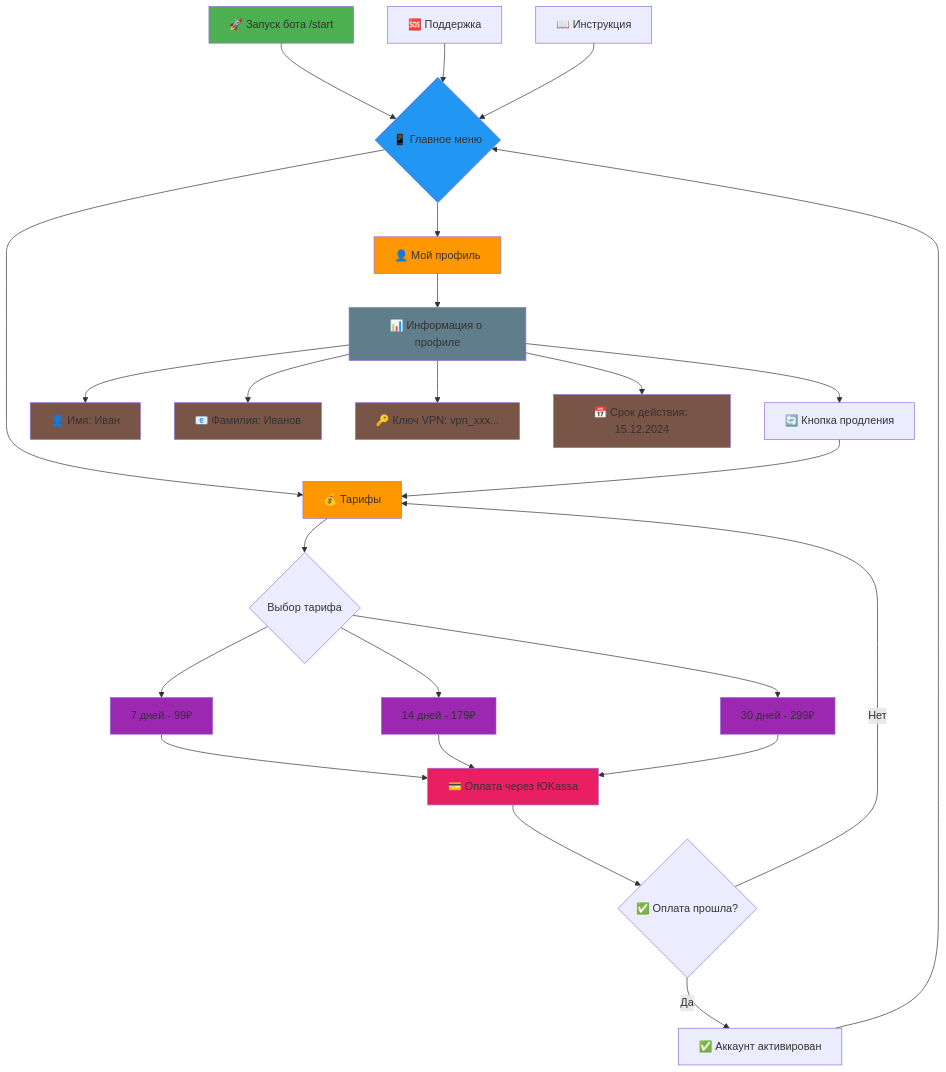
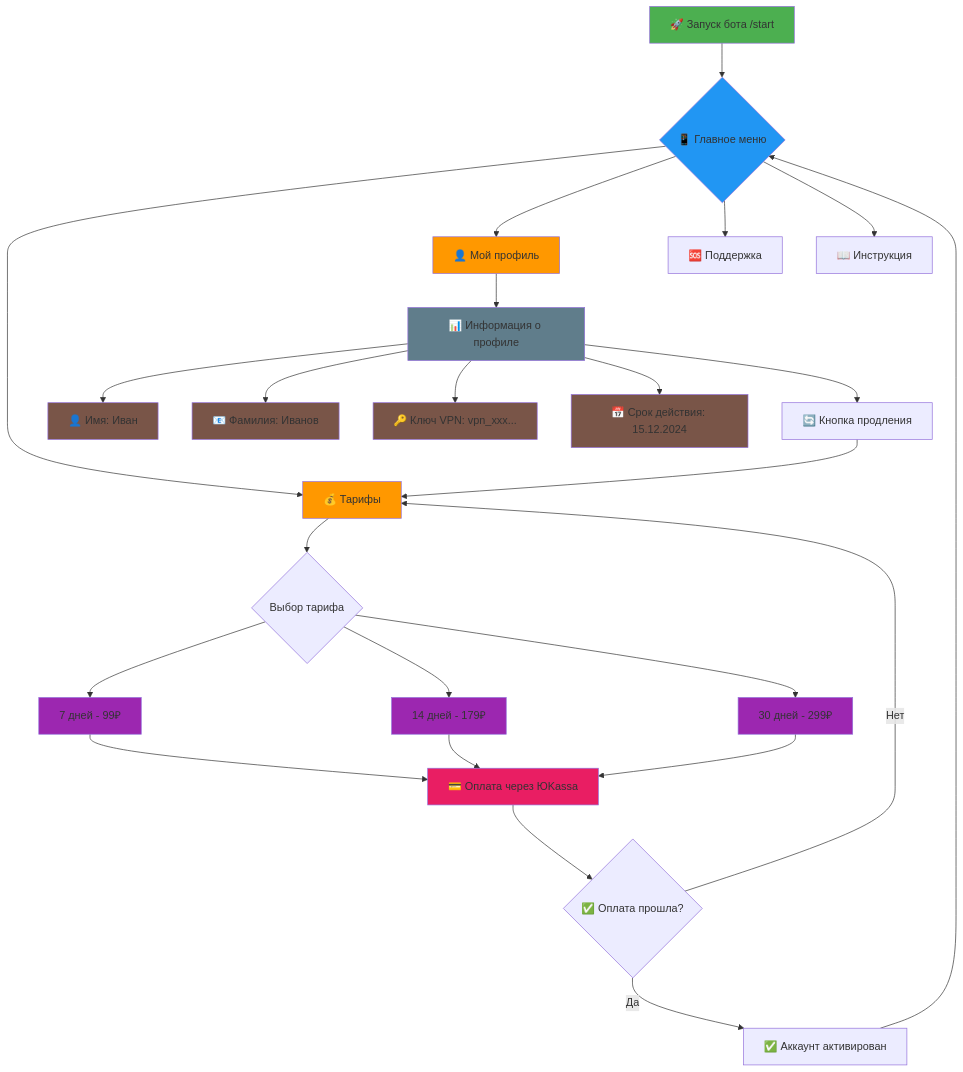
The second of 2 diagrams in README.md (IRR2007/VPN_oultine_engine-project), drawn with Mermaid before and after one commit.

Commit message:
Final version

````diff
--- a/README.md
+++ b/README.md
@@ -72,49 +72,49 @@
 ```mermaid
 graph TD
     A[🚀 Запуск бота /start] --> B{📱 Главное меню}
     
     B --> C[💰 Тарифы]
     B --> D[👤 Мой профиль]
     
     C --> E{Выбор тарифа}
     E --> F[7 дней - 99₽]
     E --> G[14 дней - 179₽]
     E --> H[30 дней - 299₽]
     
     F --> I[💳 Оплата через ЮKassa]
     G --> I
     H --> I
     
     I --> J{✅ Оплата прошла?}
     J -->|Да| K[✅ Аккаунт активирован]
     J -->|Нет| C
     
     D --> L[📊 Информация о профиле]
     L --> M[👤 Имя: Иван]
     L --> N[📧 Фамилия: Иванов]
     L --> O[🔑 Ключ VPN: vpn_xxx...]
     L --> P[📅 Срок действия: 15.12.2024]
     L --> Q[🔄 Кнопка продления]
     
     Q --> C
     
     K --> B
     
-    R[🆘 Поддержка] --> B
-    S[📖 Инструкция] --> B
+    B --> R[🆘 Поддержка]
+    B --> S[📖 Инструкция]
     
     
     style A fill:#4CAF50
     style B fill:#2196F3
     style C fill:#FF9800
     style D fill:#FF9800
     style F fill:#9C27B0
     style G fill:#9C27B0
     style H fill:#9C27B0
     style I fill:#E91E63
     style L fill:#607D8B
     style M fill:#795548
     style N fill:#795548
     style O fill:#795548
     style P fill:#795548
 ```
````
